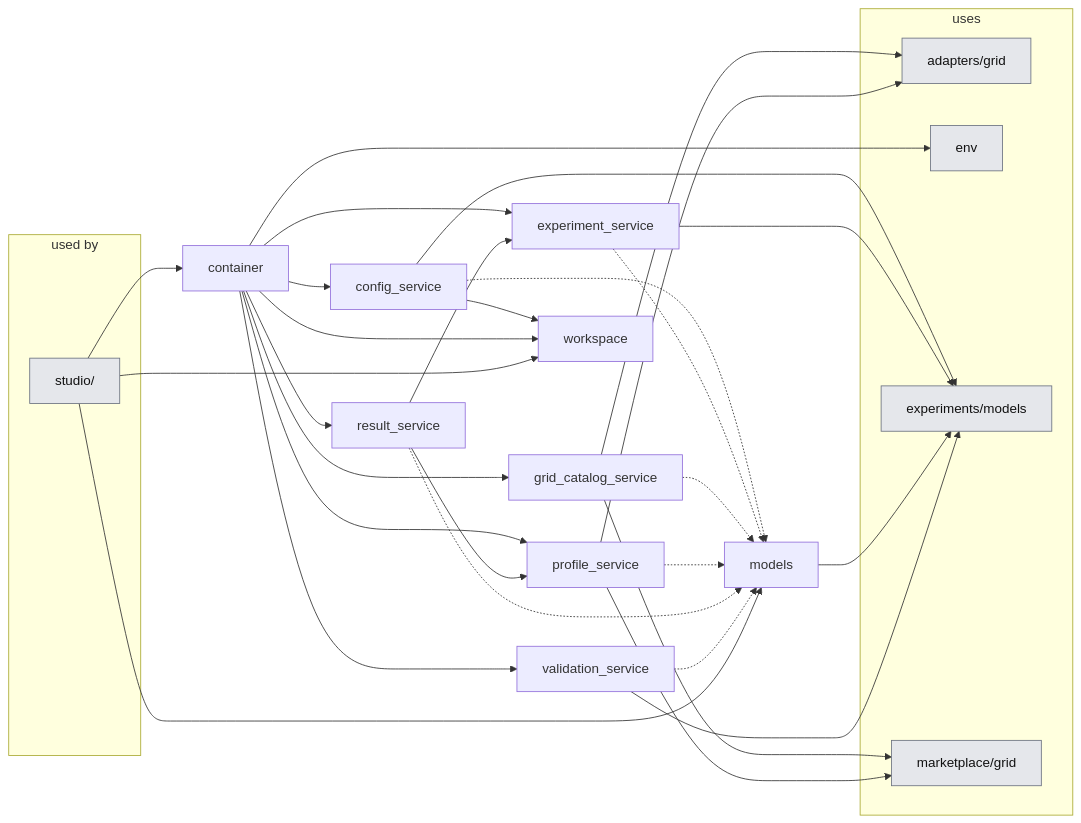
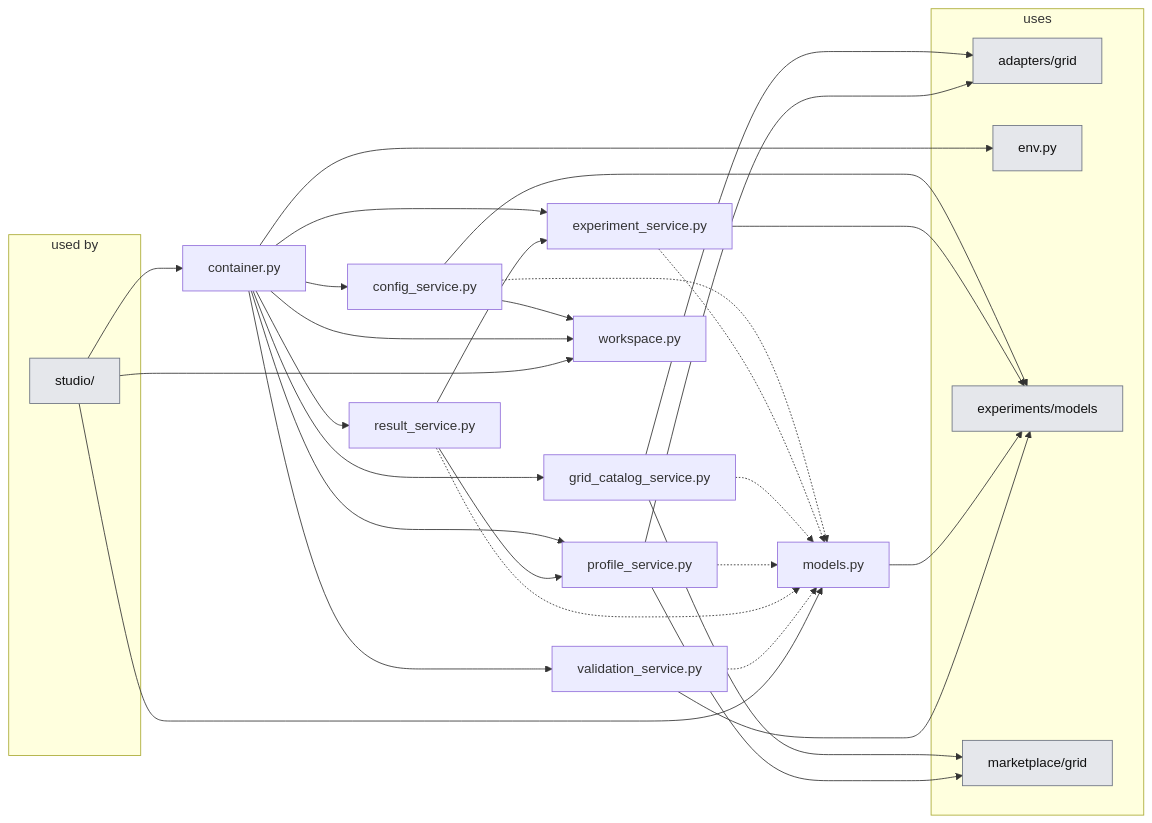
One commit to KevinRapo/P2P-thesis changed the second of 2 diagrams in docs_thesis/thesis/architecture/04-application-layer.md. Above: the diagram before and after it, drawn with Mermaid. The commit also changed other lines of this file and 5 other files, not shown here.

````diff
--- a/docs_thesis/thesis/architecture/04-application-layer.md
+++ b/docs_thesis/thesis/architecture/04-application-layer.md
@@ -61,50 +61,50 @@
 ```mermaid
 flowchart LR
   subgraph USERS["used by"]
     n_studio__users_["studio/"]:::ext
   end
-  n_application_config_service["config_service"]
-  n_application_container["container"]
-  n_application_experiment_service["experiment_service"]
-  n_application_grid_catalog_service["grid_catalog_service"]
-  n_application_models["models"]
-  n_application_profile_service["profile_service"]
-  n_application_result_service["result_service"]
-  n_application_validation_service["validation_service"]
-  n_application_workspace["workspace"]
+  n_application_config_service["config_service.py"]
+  n_application_container["container.py"]
+  n_application_experiment_service["experiment_service.py"]
+  n_application_grid_catalog_service["grid_catalog_service.py"]
+  n_application_models["models.py"]
+  n_application_profile_service["profile_service.py"]
+  n_application_result_service["result_service.py"]
+  n_application_validation_service["validation_service.py"]
+  n_application_workspace["workspace.py"]
   subgraph USES["uses"]
     n_adapters_grid["adapters/grid"]:::ext
-    n_env["env"]:::ext
+    n_env["env.py"]:::ext
     n_experiments_models["experiments/models"]:::ext
     n_marketplace_grid["marketplace/grid"]:::ext
   end
   n_application_config_service -.-> n_application_models
   n_application_config_service --> n_application_workspace
   n_application_config_service --> n_experiments_models
   n_application_container --> n_application_config_service
   n_application_container --> n_application_experiment_service
   n_application_container --> n_application_grid_catalog_service
   n_application_container --> n_application_profile_service
   n_application_container --> n_application_result_service
   n_application_container --> n_application_validation_service
   n_application_container --> n_application_workspace
   n_application_container --> n_env
   n_application_experiment_service -.-> n_application_models
   n_application_experiment_service --> n_experiments_models
   n_application_grid_catalog_service --> n_adapters_grid
   n_application_grid_catalog_service -.-> n_application_models
   n_application_grid_catalog_service --> n_marketplace_grid
   n_application_models --> n_experiments_models
   n_application_profile_service --> n_adapters_grid
   n_application_profile_service -.-> n_application_models
   n_application_profile_service --> n_marketplace_grid
   n_application_result_service --> n_application_experiment_service
   n_application_result_service -.-> n_application_models
   n_application_result_service --> n_application_profile_service
   n_application_validation_service -.-> n_application_models
   n_application_validation_service --> n_experiments_models
   n_studio__users_ --> n_application_container
   n_studio__users_ --> n_application_models
   n_studio__users_ --> n_application_workspace
   classDef ext fill:#e5e7eb,stroke:#6b7280,color:#111
 ```
````
